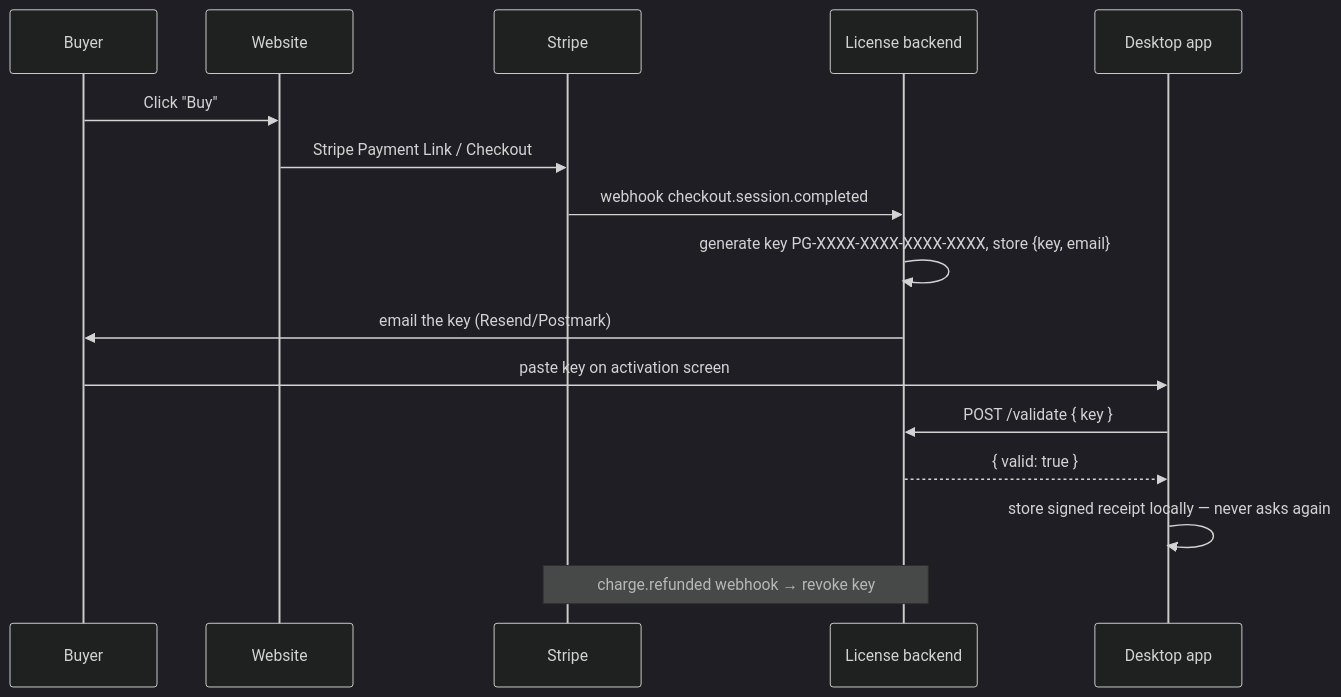
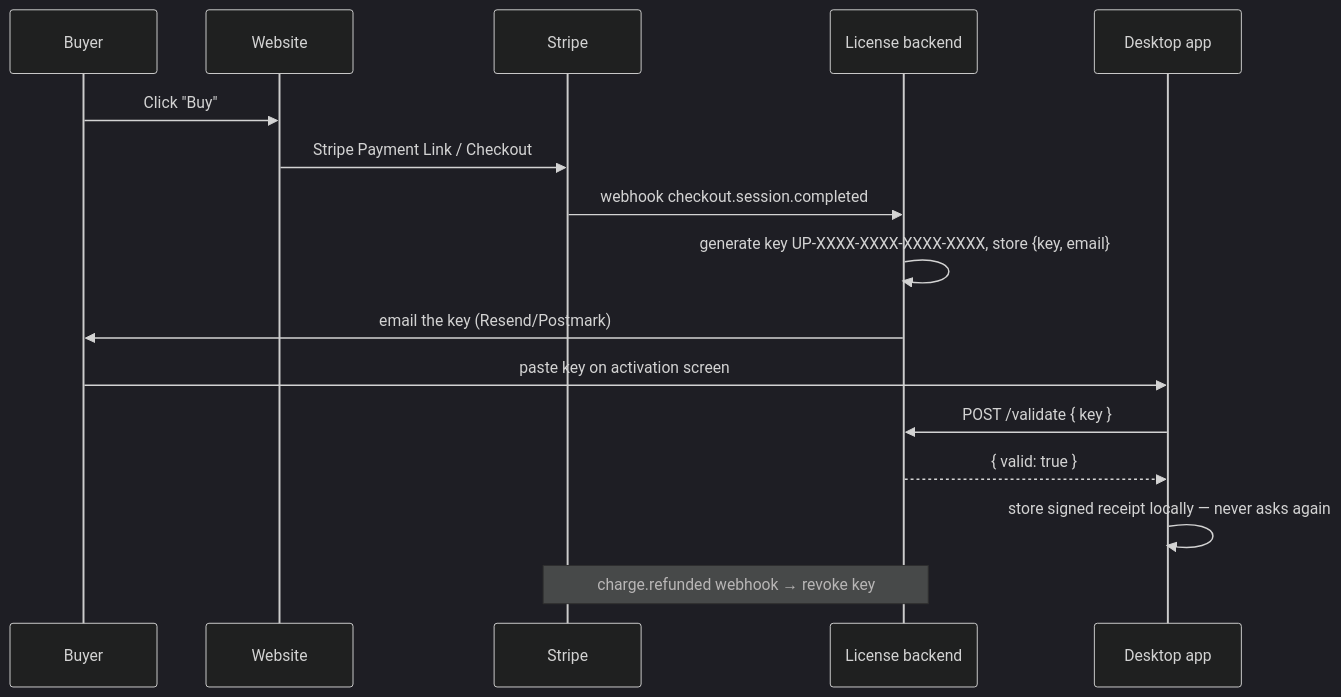
The third of 3 diagrams in ARCHITECTURE.md (aykhanstoic/superposture), drawn with Mermaid (dark theme) before and after one commit. The commit also changed other lines of this file and 26 other files, not shown here.

````diff
--- a/ARCHITECTURE.md
+++ b/ARCHITECTURE.md
@@ -209,19 +209,19 @@
 ```mermaid
 sequenceDiagram
     participant U as Buyer
     participant W as Website
     participant S as Stripe
     participant B as License backend
     participant A as Desktop app
 
     U->>W: Click "Buy"
     W->>S: Stripe Payment Link / Checkout
     S->>B: webhook checkout.session.completed
-    B->>B: generate key PG-XXXX-XXXX-XXXX-XXXX, store {key, email}
+    B->>B: generate key UP-XXXX-XXXX-XXXX-XXXX, store {key, email}
     B->>U: email the key (Resend/Postmark)
     U->>A: paste key on activation screen
     A->>B: POST /validate { key }
     B-->>A: { valid: true }
     A->>A: store signed receipt locally — never asks again
     Note over S,B: charge.refunded webhook → revoke key
 ```
````
